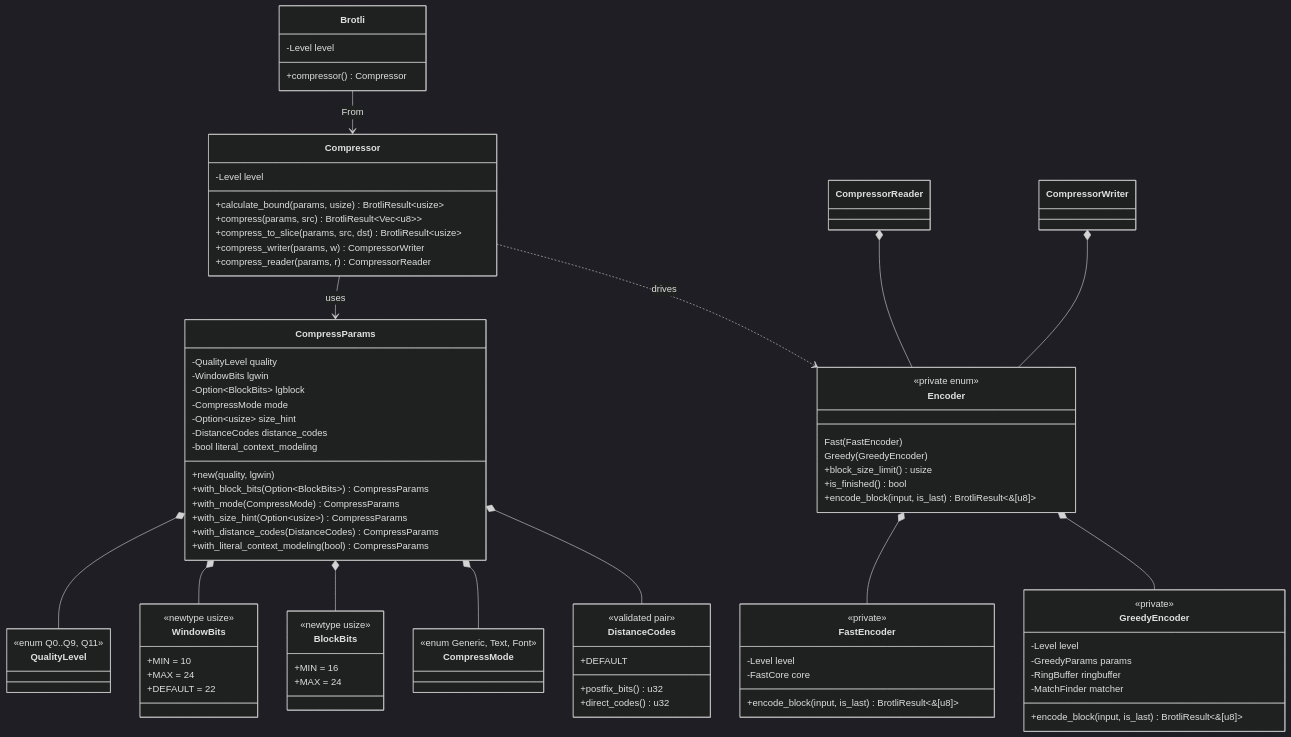
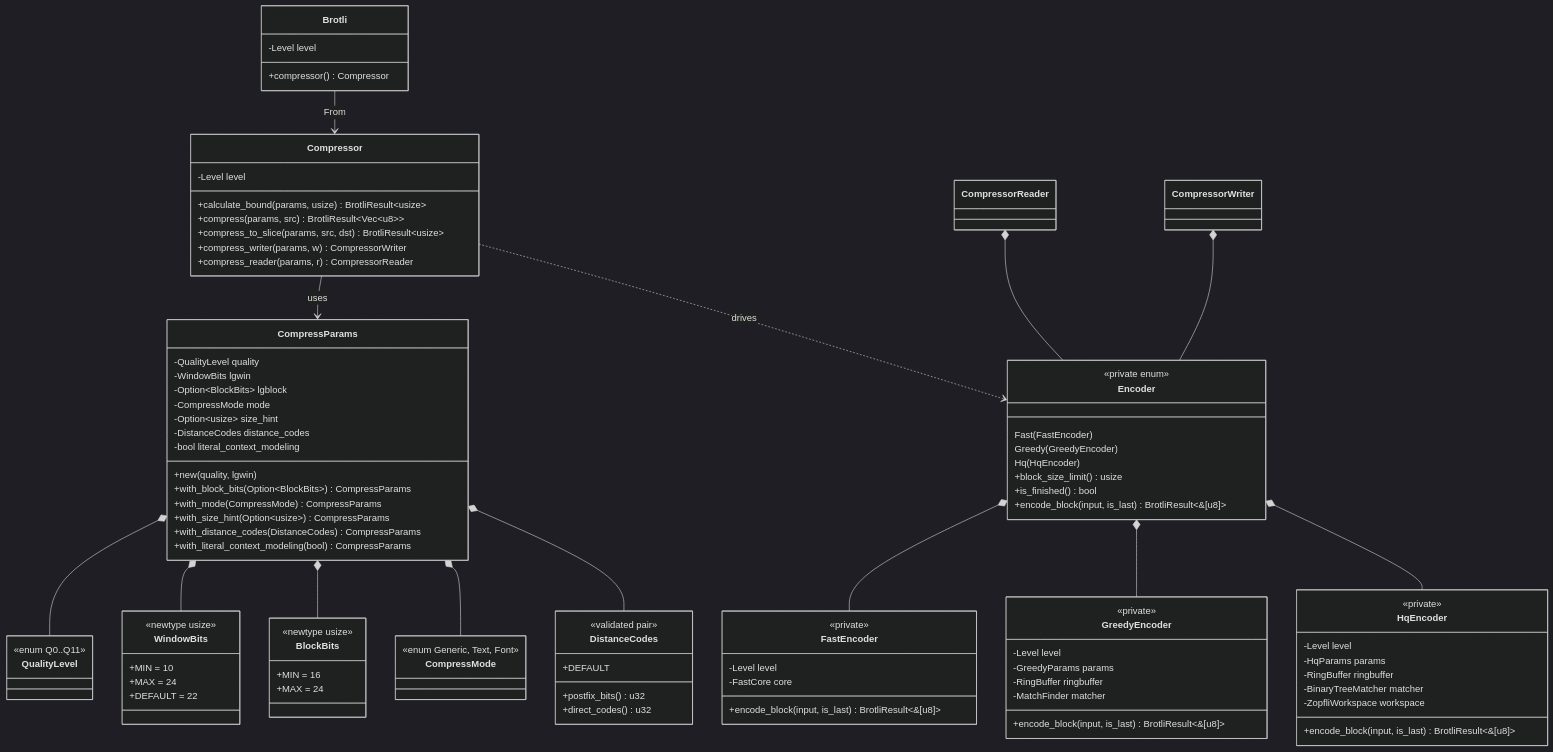
One commit to Mnwa/mbrotli changed the second of 8 diagrams in architecture/compressor.md. Above: the diagram before and after it, drawn with Mermaid (dark theme). The commit also changed other lines of this file and 107 other files, not shown here.

````diff
--- a/architecture/compressor.md
+++ b/architecture/compressor.md
@@ -112,12 +115,13 @@
         +DEFAULT = 22
     }
     class QualityLevel {
-        <<enum Q0..Q9, Q11>>
+        <<enum Q0..Q11>>
     }
     class Encoder {
         <<private enum>>
         Fast(FastEncoder)
         Greedy(GreedyEncoder)
+        Hq(HqEncoder)
         +block_size_limit() usize
         +is_finished() bool
         +encode_block(input, is_last) BrotliResult~&[u8]~
@@ -136,6 +140,15 @@
         -MatchFinder matcher
         +encode_block(input, is_last) BrotliResult~&[u8]~
     }
+    class HqEncoder {
+        <<private>>
+        -Level level
+        -HqParams params
+        -RingBuffer ringbuffer
+        -BinaryTreeMatcher matcher
+        -ZopfliWorkspace workspace
+        +encode_block(input, is_last) BrotliResult~&[u8]~
+    }
 
     Brotli --> Compressor : From
     Compressor --> CompressParams : uses
@@ -147,6 +160,7 @@
     Compressor ..> Encoder : drives
     Encoder *-- FastEncoder
     Encoder *-- GreedyEncoder
+    Encoder *-- HqEncoder
     CompressorReader *-- Encoder
     CompressorWriter *-- Encoder
 ```
````
